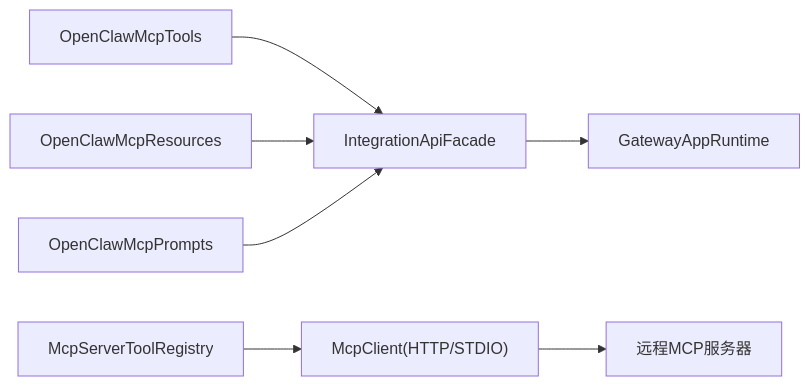
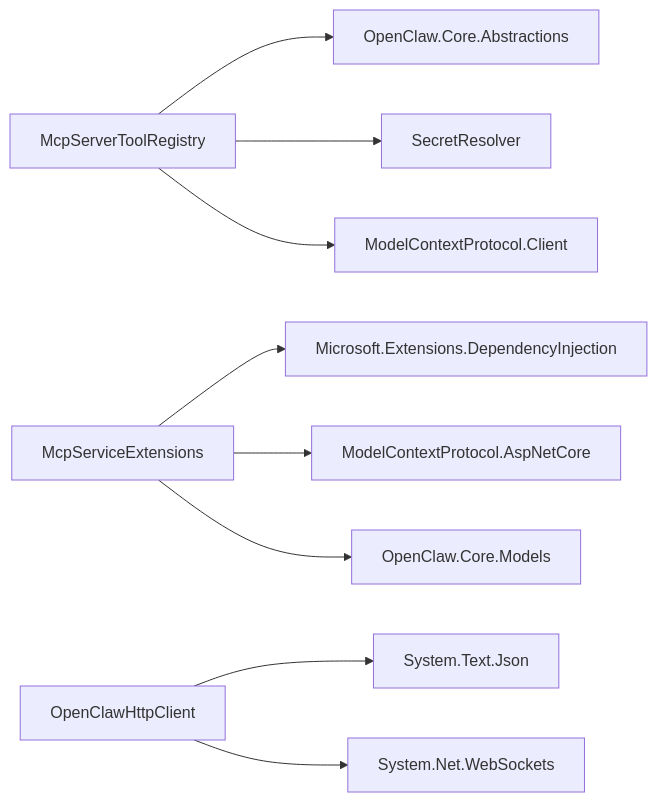
Diagram 11 of 11 in .qoder/repowiki/zh/content/API 参考/MCP 协议.md (wayyet/kingcrab), drawn with Mermaid before and after one commit. The commit also changed other lines of this file and 173 other files, not shown here.

````diff
--- a/.qoder/repowiki/zh/content/API 参考/MCP 协议.md
+++ b/.qoder/repowiki/zh/content/API 参考/MCP 协议.md
@@ -287,9 +370,11 @@
 ```mermaid
 graph LR
-Tools["OpenClawMcpTools"] --> Facade["IntegrationApiFacade"]
-Resources["OpenClawMcpResources"] --> Facade
-Prompts["OpenClawMcpPrompts"] --> Facade
-Facade --> RT["GatewayAppRuntime"]
-Registry["McpServerToolRegistry"] --> Client["McpClient(HTTP/STDIO)"]
-Client --> Remote["远程MCP服务器"]
+Agent["McpServerToolRegistry"] --> CoreAbst["OpenClaw.Core.Abstractions"]
+Agent --> Sec["SecretResolver"]
+Agent --> MCPClient["ModelContextProtocol.Client"]
+GatewaySvc["McpServiceExtensions"] --> DI["Microsoft.Extensions.DependencyInjection"]
+GatewaySvc --> MCPASP["ModelContextProtocol.AspNetCore"]
+GatewaySvc --> CoreModels["OpenClaw.Core.Models"]
+Client["OpenClawHttpClient"] --> Json["System.Text.Json"]
+Client --> NetWS["System.Net.WebSockets"]
 ```
````
